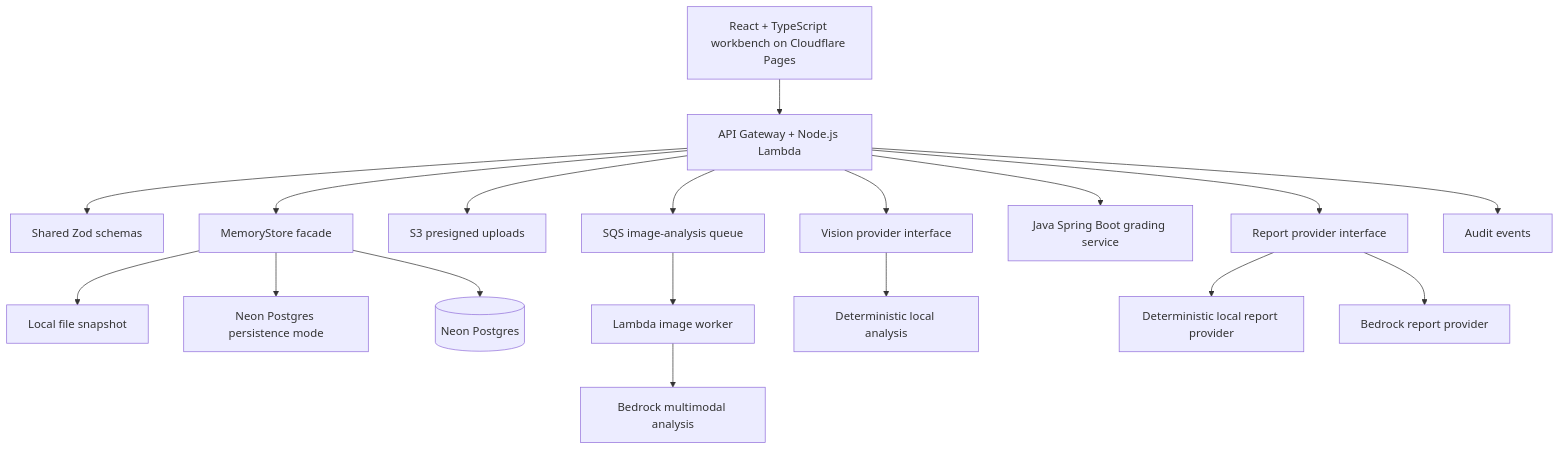
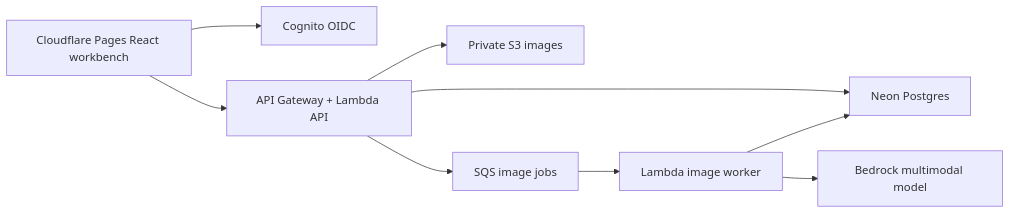
One commit to manynames3/inspectiq changed the diagram in README.md. Above: the diagram before and after it, drawn with Mermaid. The commit also changed other lines of this file and 106 other files, not shown here.

````diff
--- a/README.md
+++ b/README.md
@@ -77,20 +149,11 @@
 ```mermaid
-flowchart TD
-  Web[React + TypeScript workbench on Cloudflare Pages] --> API[API Gateway + Node.js Lambda]
-  API --> Shared[Shared Zod schemas]
-  API --> Store[MemoryStore facade]
-  Store --> FileStore[Local file snapshot]
-  Store --> PostgresStore[Neon Postgres persistence mode]
-  API --> S3[S3 presigned uploads]
-  API --> SQS[SQS image-analysis queue]
+flowchart LR
+  Web[Cloudflare Pages React workbench] --> Auth[Cognito OIDC]
+  Web --> API[API Gateway + Lambda API]
+  API --> PG[Neon Postgres]
+  API --> S3[Private S3 images]
+  API --> SQS[SQS image jobs]
   SQS --> Worker[Lambda image worker]
-  API --> Vision[Vision provider interface]
-  Vision --> LocalVision[Deterministic local analysis]
-  Worker --> BedrockVision[Bedrock multimodal analysis]
-  API --> Grade[Java Spring Boot grading service]
-  API --> Report[Report provider interface]
-  Report --> LocalReport[Deterministic local report provider]
-  Report --> BedrockReport[Bedrock report provider]
-  API --> Audit[Audit events]
-  Store --> PG[(Neon Postgres)]
+  Worker --> Bedrock[Bedrock multimodal model]
+  Worker --> PG
 ```
````
